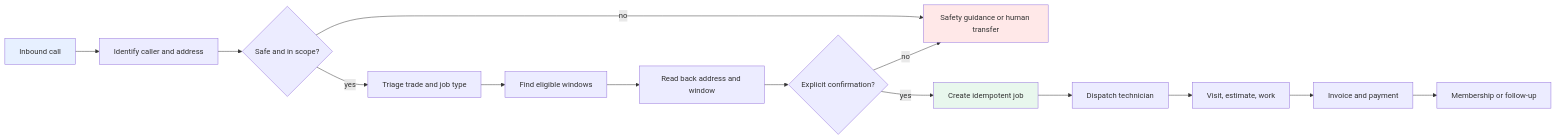
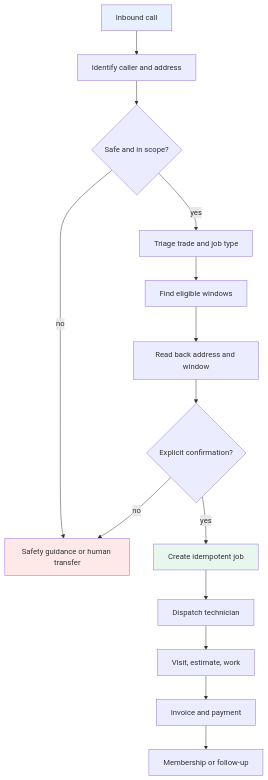
The first of 3 diagrams in docs/how-a-contractor-works.md (sp7412/onboarding), drawn with Mermaid before and after one commit. The commit also changed other lines of this file and 11 other files, not shown here.

First line of the commit message:
Render contractor lifecycles as SVG and add HVAC/plumbing flows (#36)

````diff
--- a/docs/how-a-contractor-works.md
+++ b/docs/how-a-contractor-works.md
@@ -32,19 +32,19 @@
 ```mermaid
-flowchart LR
+flowchart TD
     A[Inbound call] --> B[Identify caller and address]
     B --> C{Safe and in scope?}
     C -- no --> D[Safety guidance or human transfer]
     C -- yes --> E[Triage trade and job type]
     E --> F[Find eligible windows]
     F --> G[Read back address and window]
     G --> H{Explicit confirmation?}
     H -- no --> D
     H -- yes --> I[Create idempotent job]
     I --> J[Dispatch technician]
     J --> K[Visit, estimate, work]
     K --> L[Invoice and payment]
     L --> M[Membership or follow-up]
     style A fill:#e7f0ff
     style D fill:#ffe8e8
     style I fill:#e8f7ed
 ```
````
